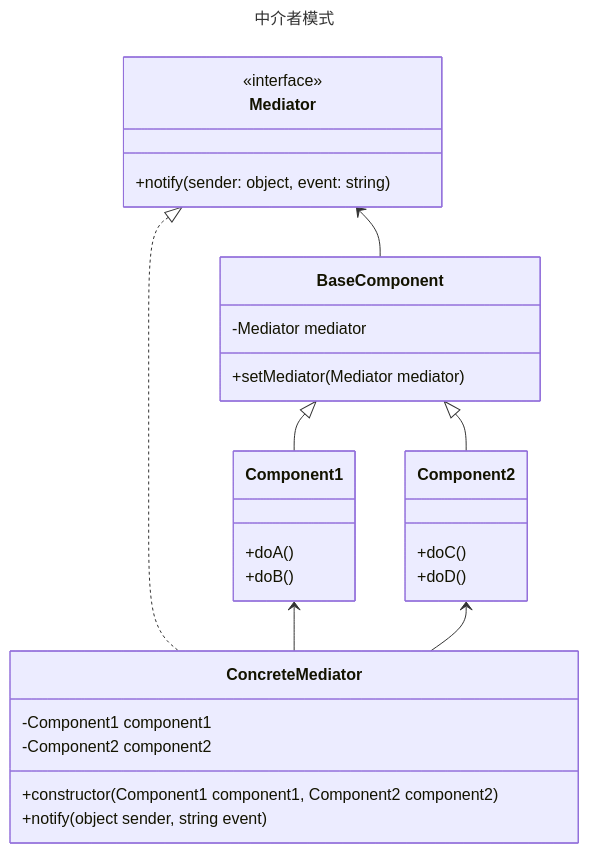
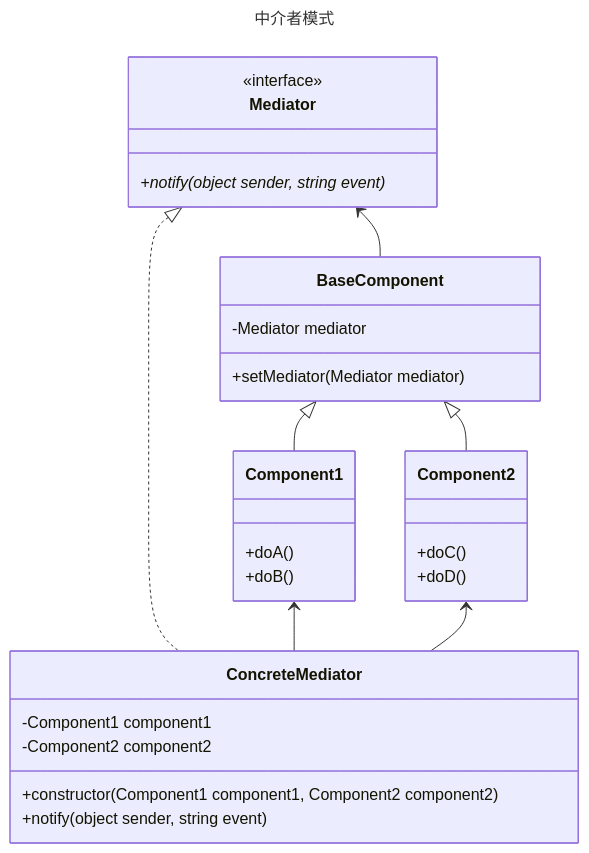
Before and after one commit to fengyun89/typescript-design-patterns: the diagram in mediator/README.md, drawn with Mermaid. The commit also changed 17 other files, not shown here.

````diff
--- a/mediator/README.md
+++ b/mediator/README.md
@@ -1,34 +1,34 @@
 ```mermaid
 ---
 title: 中介者模式
 ---
 classDiagram
     class Mediator {
         <<interface>>
-        +notify(sender: object, event: string)
+        +notify(object sender, string event)*
     }
     class ConcreteMediator {
         -Component1 component1
         -Component2 component2
         +constructor(Component1 component1, Component2 component2)
         +notify(object sender, string event)
     }
     class BaseComponent {
         -Mediator mediator
         +setMediator(Mediator mediator)
     }
     class Component1 {
         +doA()
         +doB()
     }
     class Component2 {
         +doC()
         +doD()
     }
     Mediator <|.. ConcreteMediator
     Mediator <-- BaseComponent
     Component1 <-- ConcreteMediator
     Component2 <-- ConcreteMediator 
     BaseComponent <|-- Component1
     BaseComponent <|-- Component2
 ```
````
